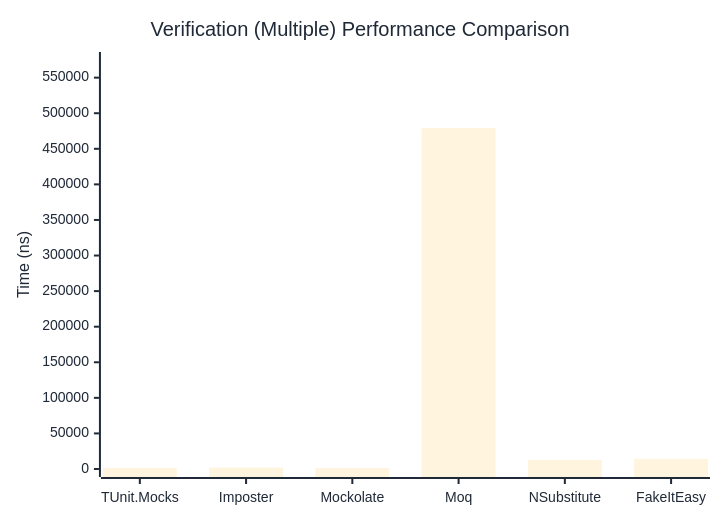
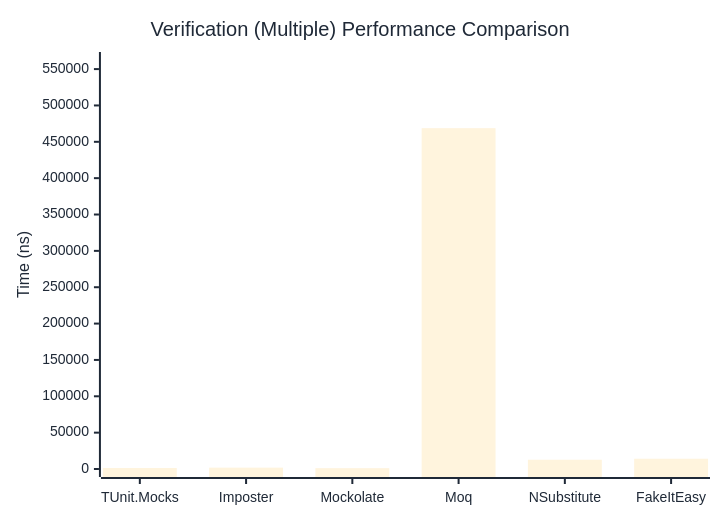
Before and after one commit to thomhurst/TUnit: the third of 3 diagrams in docs/docs/benchmarks/mocks/Verification.md, drawn with Mermaid. The commit also changed other lines of this file and 14 other files, not shown here.

````diff
--- a/docs/docs/benchmarks/mocks/Verification.md
+++ b/docs/docs/benchmarks/mocks/Verification.md
@@ -112,27 +112,27 @@
 ```mermaid
 %%{init: {
   'theme':'base',
   'themeVariables': {
     'primaryColor': '#2563eb',
     'primaryTextColor': '#1f2937',
     'primaryBorderColor': '#1e40af',
     'lineColor': '#6b7280',
     'secondaryColor': '#7c3aed',
     'tertiaryColor': '#dc2626',
     'background': '#ffffff',
     'pie1': '#2563eb',
     'pie2': '#7c3aed',
     'pie3': '#dc2626',
     'pie4': '#f59e0b',
     'pie5': '#10b981',
     'pie6': '#06b6d4',
     'pie7': '#ec4899',
     'pie8': '#6366f1'
   }
 }}%%
 xychart-beta
   title "Verification (Multiple) Performance Comparison"
   x-axis ["TUnit.Mocks", "Imposter", "Mockolate", "Moq", "NSubstitute", "FakeItEasy"]
-  y-axis "Time (ns)" 0 --> 574800
-  bar [1265.77, 1967.42, 1180.84, 478999.18, 12488.25, 14382.06]
+  y-axis "Time (ns)" 0 --> 562507
+  bar [1339.11, 1850.43, 1164.49, 468755.77, 12728.9, 14099.88]
 ```
````
